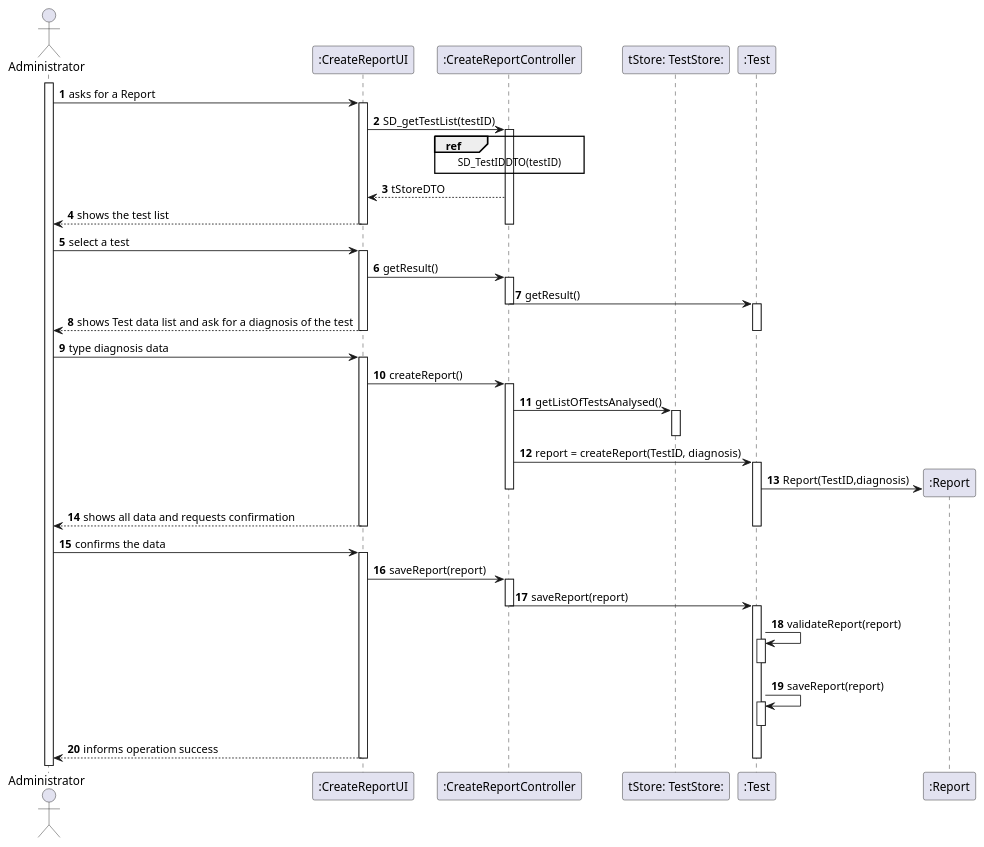
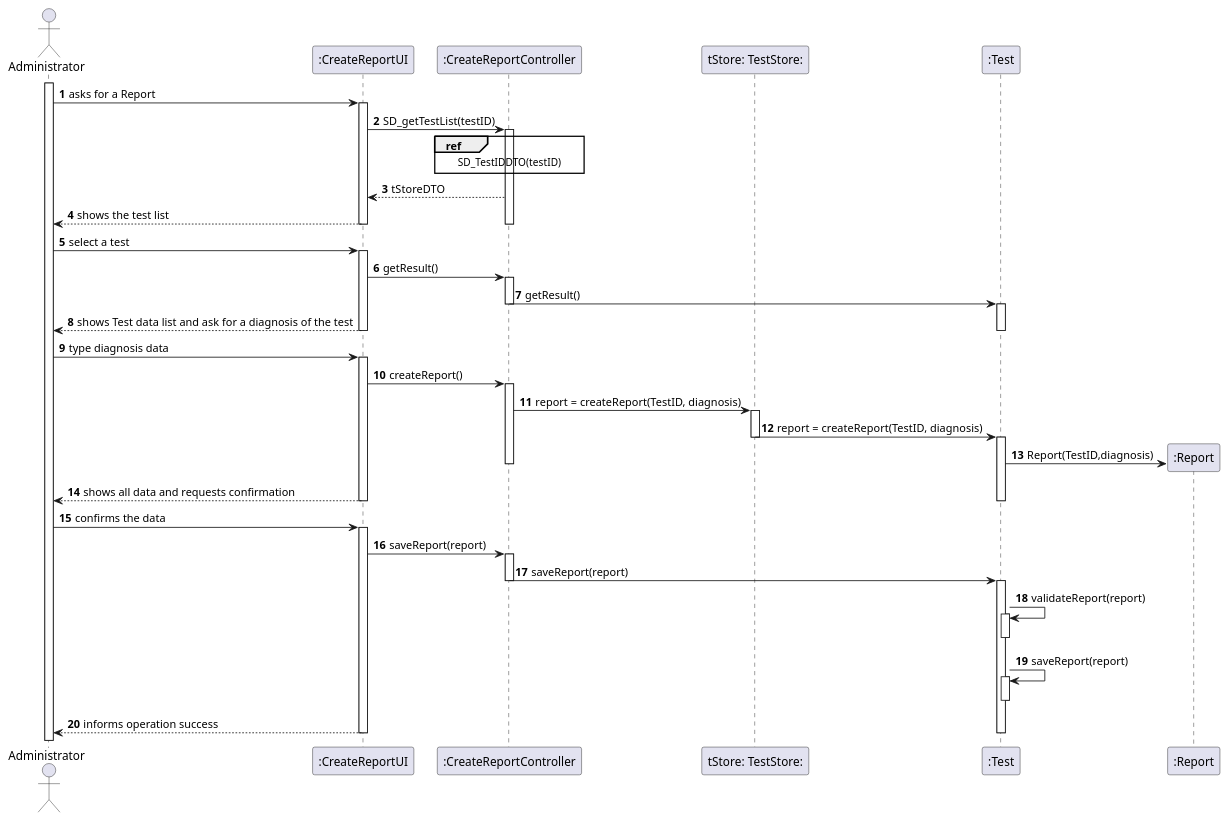
One commit to MarianaCLages/LAPR2 changed the diagram in docs/SprintC/US14/US14_SD.puml. Above: the diagram before and after it, drawn with PlantUML.

Commit message:
US14 - SD changes

```diff
--- a/docs/SprintC/US14/US14_SD.puml
+++ b/docs/SprintC/US14/US14_SD.puml
@@ -1,120 +1,121 @@
 @startuml
 autonumber
 
 actor "Administrator" as Administrator
 
 participant ":CreateReportUI" as UI
 participant ":CreateReportController" as CTRL
 participant "tStore: TestStore:" as TESTSTORE
 participant ":Test" as TEST
 participant ":Report" as REPORT
 
 
 activate Administrator
 Administrator -> UI: asks for a Report
 activate UI
 
 UI -> CTRL : SD_getTestList(testID)
 ref over CTRL: SD_TestIDDTO(testID)
 activate CTRL
 
 CTRL --> UI: tStoreDTO
 
 
 
 
 
 
 
 
 
 UI --> Administrator :shows the test list
 deactivate UI
 deactivate CTRL
 
 Administrator -> UI : select a test
 activate UI
 
 UI -> CTRL : getResult()
 
 
 
 activate CTRL
 
 CTRL -> TEST : getResult()
 
 deactivate CTRL
 
 
 activate TEST
 
 
 UI --> Administrator : shows Test data list and ask for a diagnosis of the test
 deactivate UI
 
 
 deactivate TEST
 
 
 Administrator -> UI : type diagnosis data
 activate UI
 
 
 
 
 UI-> CTRL : createReport()
 activate CTRL
 
 
 
 
-CTRL -> TESTSTORE : getListOfTestsAnalysed()
+CTRL -> TESTSTORE : report = createReport(TestID, diagnosis)
 activate TESTSTORE
-deactivate TESTSTORE
 
 
-CTRL -> TEST : report = createReport(TestID, diagnosis)
 
+TESTSTORE -> TEST : report = createReport(TestID, diagnosis)
+
+deactivate TESTSTORE
 activate TEST
 TEST -> REPORT ** :  Report(TestID,diagnosis)
 
 
 
 
 
 deactivate CTRL
 
 
 
 UI --> Administrator : shows all data and requests confirmation
 deactivate UI
 deactivate TEST
 
 Administrator -> UI : confirms the data
 activate UI
 
 UI-> CTRL : saveReport(report)
 activate CTRL
 
 CTRL -> TEST : saveReport(report)
 deactivate CTRL
 activate TEST
 TEST -> TEST : validateReport(report)
 activate TEST
 deactivate TEST
 TEST -> TEST : saveReport(report)
 activate TEST
 deactivate TEST
 
 UI --> Administrator : informs operation success
 deactivate UI
 
 deactivate TEST
 
 
 
 
 
 
 
 @enduml
```
